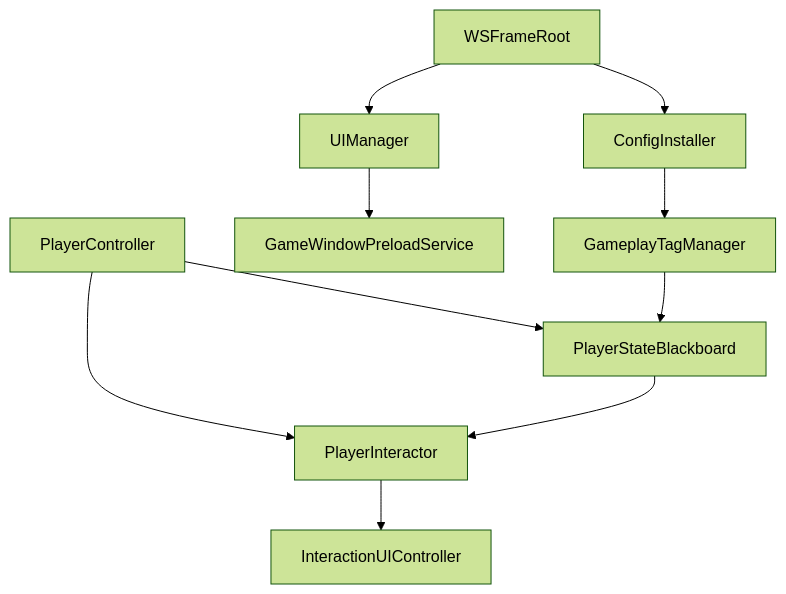
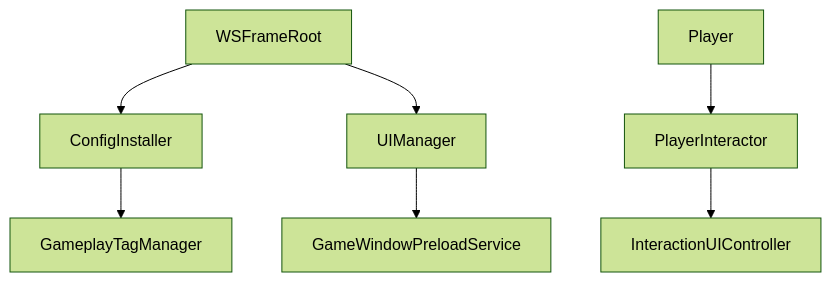
One commit to Whitesheeeep/3DRPG changed the fifth of 5 diagrams in Assets/Scripts/InteractionSystem/Documentation/InteractionSystem_Technical.md. Above: the diagram before and after it, drawn with Mermaid (forest theme). The commit also changed other lines of this file and 161 other files, not shown here.

Commit message:
1. 交互系统优化 2. 对话系统优化 3. 切换角色 1.0, 将 PlayerController.cs 与其他组件解开来

````diff
--- a/Assets/Scripts/InteractionSystem/Documentation/InteractionSystem_Technical.md
+++ b/Assets/Scripts/InteractionSystem/Documentation/InteractionSystem_Technical.md
@@ -189,12 +200,9 @@
 ```mermaid
 flowchart TD
     Root[WSFrameRoot] --> Config[ConfigInstaller]
     Config --> Tags[GameplayTagManager]
     Root --> UI[UIManager]
     UI --> Preload[GameWindowPreloadService]
-    Player[PlayerController] --> Blackboard[PlayerStateBlackboard]
     Player --> Interactor[PlayerInteractor]
-    Tags --> Blackboard
-    Blackboard --> Interactor
     Interactor --> Controller[InteractionUIController]
 ```
````
